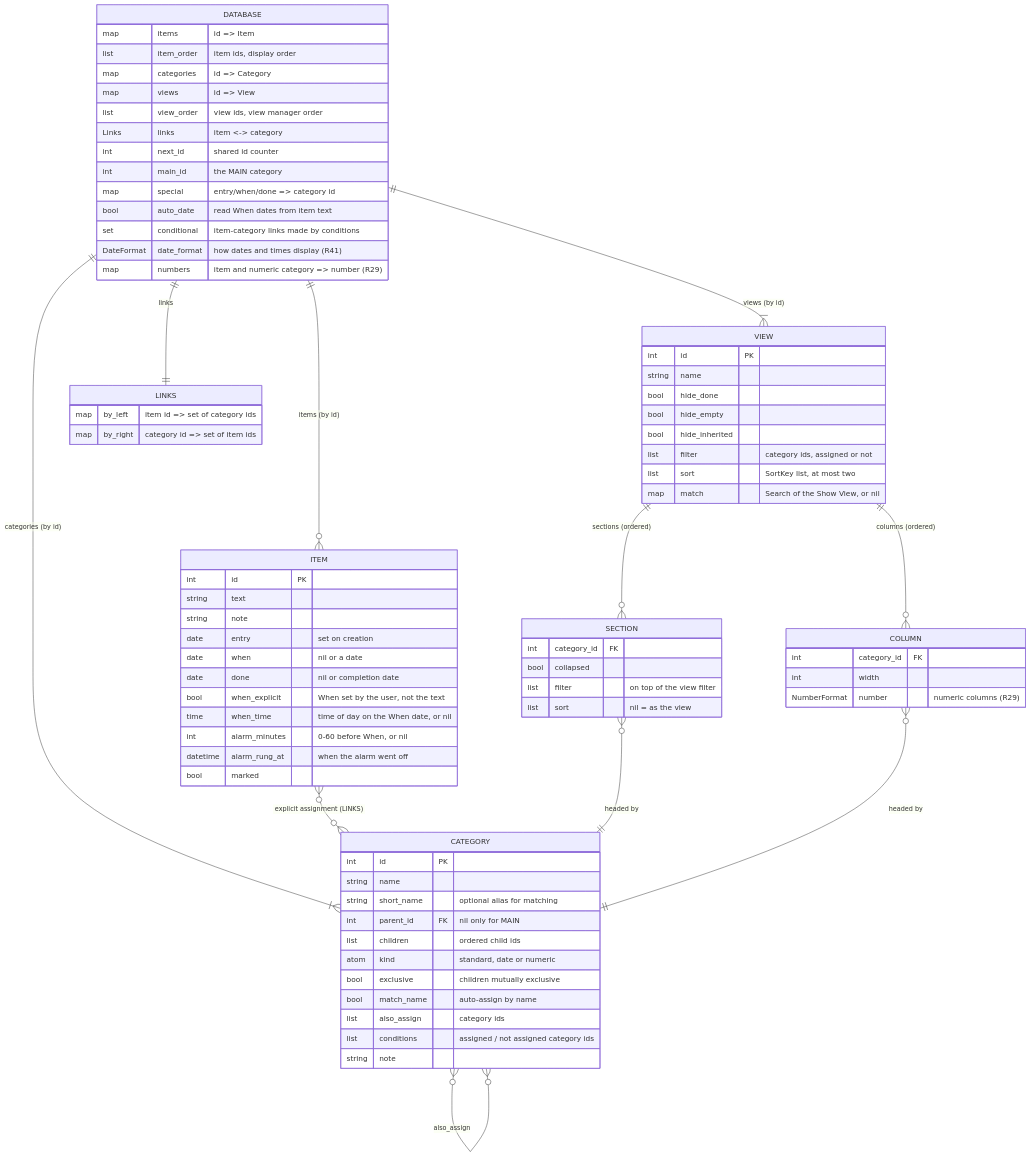
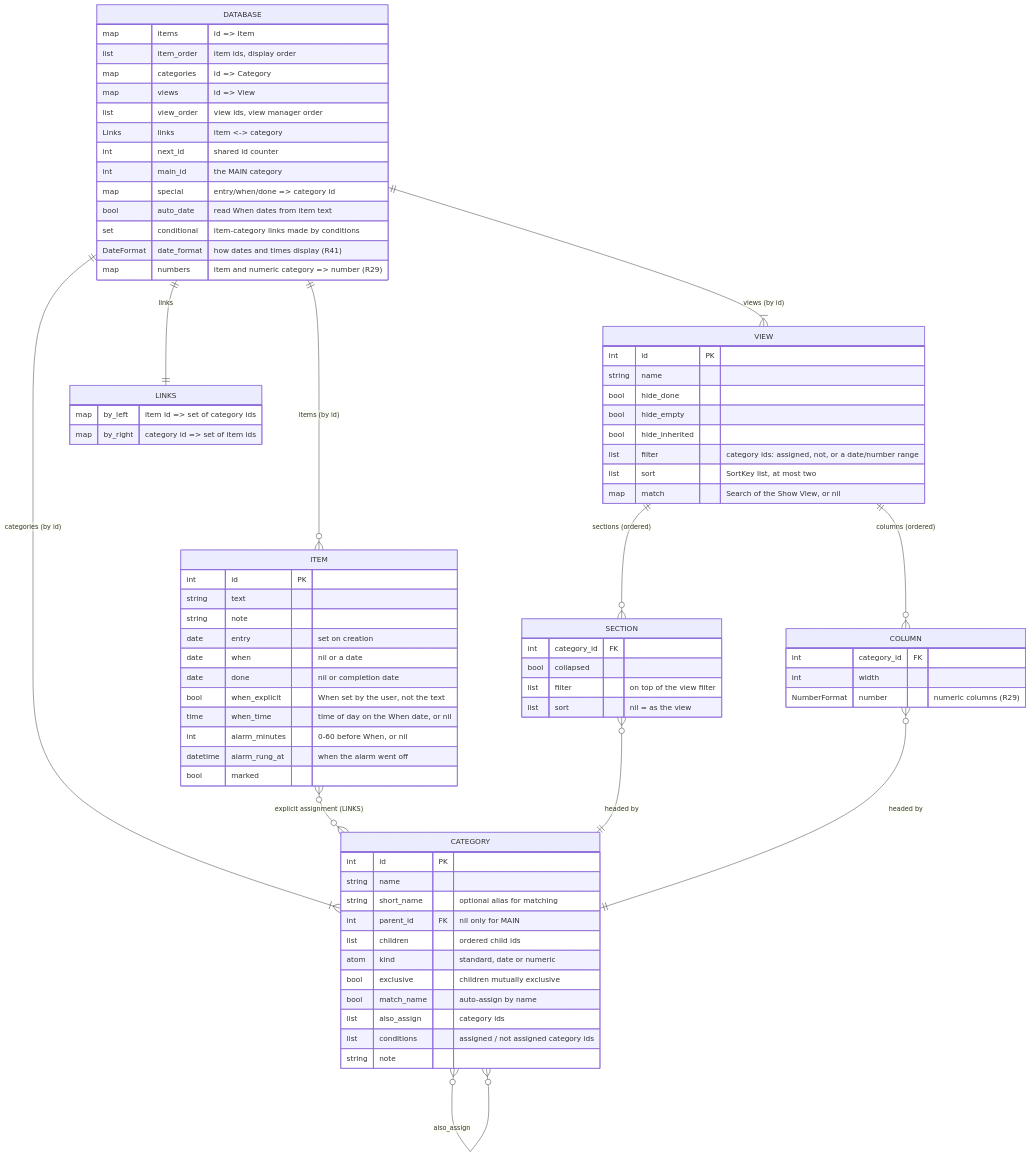
One commit to jamting/agendum changed the first of 6 diagrams in docs/DATA_MODEL.md. Above: the diagram before and after it, drawn with Mermaid. The commit also changed 16 other files, not shown here.

First line of the commit message:
Filter views and sections by date and number ranges (R28a)

````diff
--- a/docs/DATA_MODEL.md
+++ b/docs/DATA_MODEL.md
@@ -12,81 +12,81 @@
 ```mermaid
 erDiagram
     DATABASE ||--o{ ITEM : "items (by id)"
     DATABASE ||--|{ CATEGORY : "categories (by id)"
     DATABASE ||--|{ VIEW : "views (by id)"
     DATABASE ||--|| LINKS : "links"
     CATEGORY ||--o{ CATEGORY : "children (ordered)"
     ITEM }o--o{ CATEGORY : "explicit assignment (LINKS)"
     CATEGORY }o--o{ CATEGORY : "also_assign"
     VIEW ||--o{ SECTION : "sections (ordered)"
     VIEW ||--o{ COLUMN : "columns (ordered)"
     SECTION }o--|| CATEGORY : "headed by"
     COLUMN }o--|| CATEGORY : "headed by"
 
     DATABASE {
         map items "id => Item"
         list item_order "item ids, display order"
         map categories "id => Category"
         map views "id => View"
         list view_order "view ids, view manager order"
         Links links "item <-> category"
         int next_id "shared id counter"
         int main_id "the MAIN category"
         map special "entry/when/done => category id"
         bool auto_date "read When dates from item text"
         set conditional "item-category links made by conditions"
         DateFormat date_format "how dates and times display (R41)"
         map numbers "item and numeric category => number (R29)"
     }
     ITEM {
         int id PK
         string text
         string note
         date entry "set on creation"
         date when "nil or a date"
         date done "nil or completion date"
         bool when_explicit "When set by the user, not the text"
         time when_time "time of day on the When date, or nil"
         int alarm_minutes "0-60 before When, or nil"
         datetime alarm_rung_at "when the alarm went off"
         bool marked
     }
     CATEGORY {
         int id PK
         string name
         string short_name "optional alias for matching"
         int parent_id FK "nil only for MAIN"
         list children "ordered child ids"
         atom kind "standard, date or numeric"
         bool exclusive "children mutually exclusive"
         bool match_name "auto-assign by name"
         list also_assign "category ids"
         list conditions "assigned / not assigned category ids"
         string note
     }
     VIEW {
         int id PK
         string name
         bool hide_done
         bool hide_empty
         bool hide_inherited
-        list filter "category ids, assigned or not"
+        list filter "category ids: assigned, not, or a date/number range"
         list sort "SortKey list, at most two"
         map match "Search of the Show View, or nil"
     }
     SECTION {
         int category_id FK
         bool collapsed
         list filter "on top of the view filter"
         list sort "nil = as the view"
     }
     COLUMN {
         int category_id FK
         int width
         NumberFormat number "numeric columns (R29)"
     }
     LINKS {
         map by_left "item id => set of category ids"
         map by_right "category id => set of item ids"
     }
 ```
````
